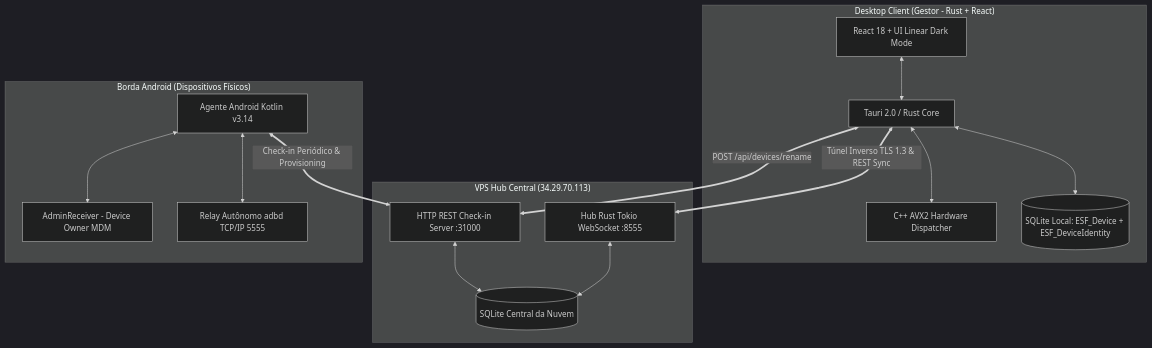
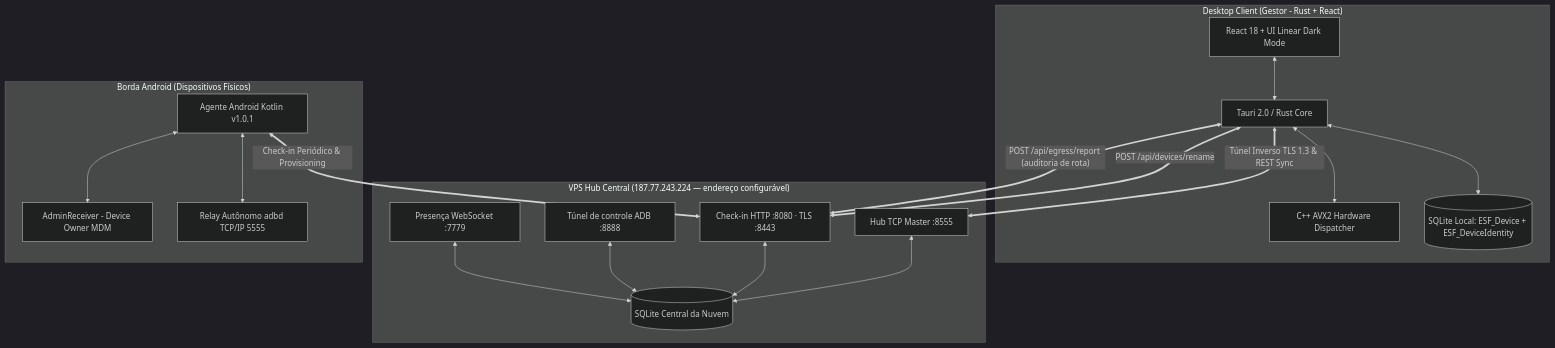
Before and after one commit to vicenzzopalma/esfera_v3: the first of 4 diagrams in README.md, drawn with Mermaid (dark theme). The commit also changed other lines of this file, not shown here.

First line of the commit message:
README: endereços reais, rota de saída e conservação do número

````diff
--- a/README.md
+++ b/README.md
@@ -28,25 +28,28 @@
 ```mermaid
 graph TD
     subgraph "Desktop Client (Gestor - Rust + React)"
         UI[React 18 + UI Linear Dark Mode] <--> Tauri[Tauri 2.0 / Rust Core]
         Tauri <--> SIMD[C++ AVX2 Hardware Dispatcher]
         Tauri <--> LocalDB[(SQLite Local: ESF_Device + ESF_DeviceIdentity)]
     end
 
-    subgraph "VPS Hub Central (34.29.70.113)"
-        HubWS[Hub Rust Tokio WebSocket :8555] <--> CloudDB[(SQLite Central da Nuvem)]
-        CheckinAPI[HTTP REST Check-in Server :31000] <--> CloudDB
+    subgraph "VPS Hub Central (187.77.243.224 — endereço configurável)"
+        HubWS[Hub TCP Master :8555] <--> CloudDB[(SQLite Central da Nuvem)]
+        CheckinAPI[Check-in HTTP :8080 · TLS :8443] <--> CloudDB
+        TunnelSrv[Túnel de controle ADB :8888] <--> CloudDB
+        Presence[Presença WebSocket :7779] <--> CloudDB
     end
 
     subgraph "Borda Android (Dispositivos Físicos)"
-        Agent[Agente Android Kotlin v3.14]
+        Agent[Agente Android Kotlin v1.0.1]
         DPC[AdminReceiver - Device Owner MDM]
         ADB[Relay Autônomo adbd TCP/IP 5555]
         Agent <--> DPC
         Agent <--> ADB
     end
 
     Tauri <== "Túnel Inverso TLS 1.3 & REST Sync" ==> HubWS
     Tauri <== "POST /api/devices/rename" ==> CheckinAPI
+    Tauri <== "POST /api/egress/report (auditoria de rota)" ==> CheckinAPI
     Agent <== "Check-in Periódico & Provisioning" ==> CheckinAPI
 ```
````
